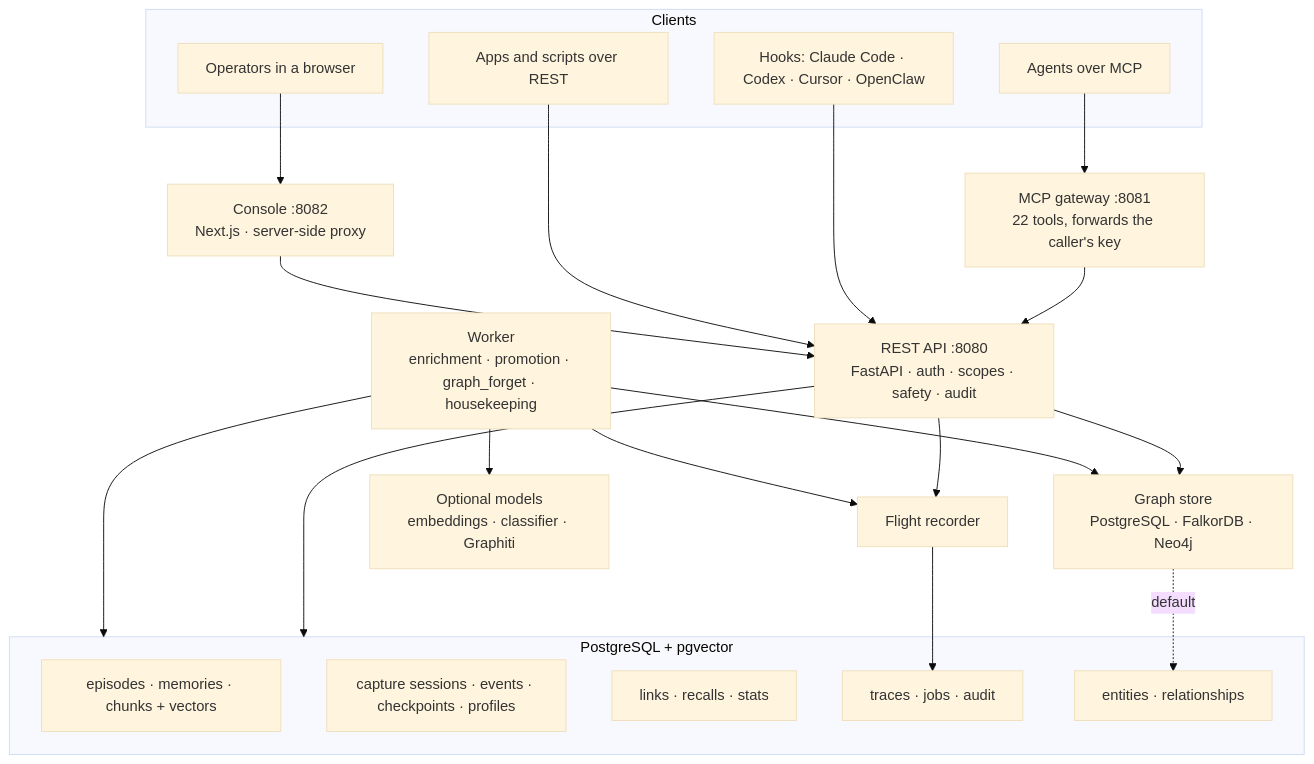
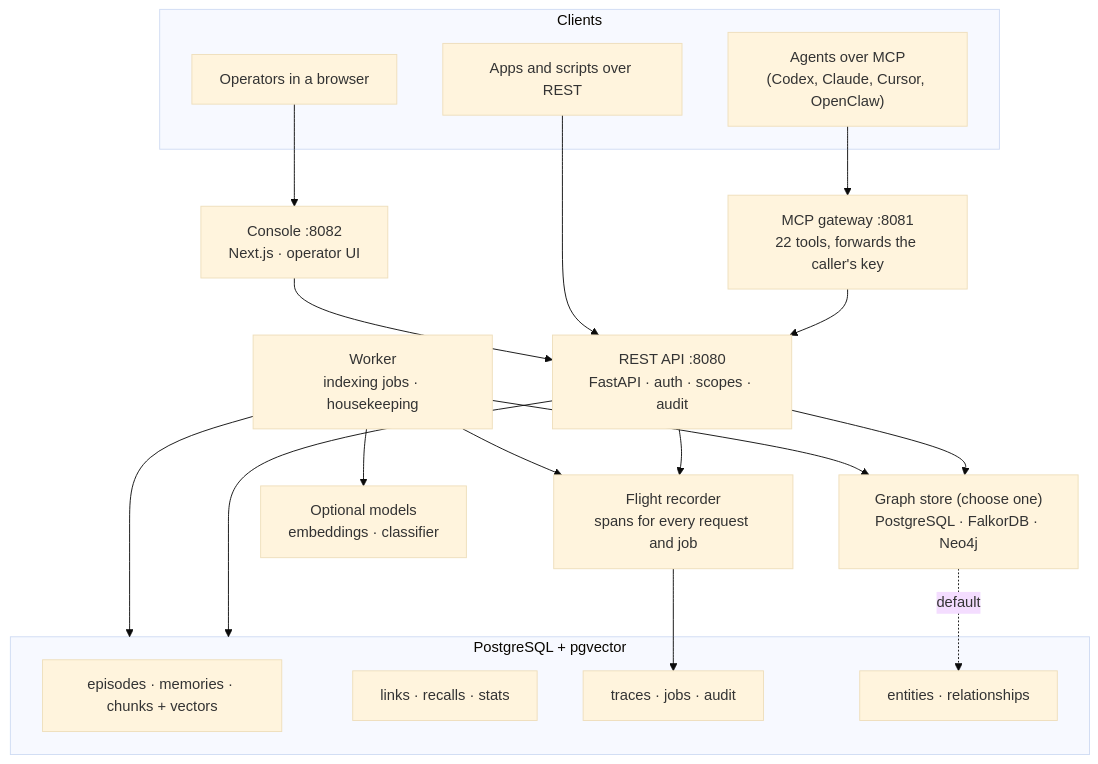
Before and after one commit to JIGGAI/albert: the second of 2 diagrams in README.md, drawn with Mermaid (base theme). The commit also changed other lines of this file, not shown here.

````diff
--- a/README.md
+++ b/README.md
@@ -371,35 +130,32 @@
 ```mermaid
 flowchart TB
     subgraph Clients
-        C1["Agents over MCP"]
-        C4["Hooks: Claude Code · Codex · Cursor · OpenClaw"]
+        C1["Agents over MCP<br/>(Codex, Claude, Cursor, OpenClaw)"]
         C2["Apps and scripts over REST"]
         C3["Operators in a browser"]
     end
     MCP["MCP gateway :8081<br/>22 tools, forwards the caller's key"]
-    API["REST API :8080<br/>FastAPI · auth · scopes · safety · audit"]
-    CON["Console :8082<br/>Next.js · server-side proxy"]
-    W["Worker<br/>enrichment · promotion · graph_forget · housekeeping"]
-    REC["Flight recorder"]
+    API["REST API :8080<br/>FastAPI · auth · scopes · audit"]
+    CON["Console :8082<br/>Next.js · operator UI"]
+    W["Worker<br/>indexing jobs · housekeeping"]
+    REC["Flight recorder<br/>spans for every request and job"]
     subgraph PG["PostgreSQL + pgvector"]
         T1["episodes · memories · chunks + vectors"]
-        T5["capture sessions · events · checkpoints · profiles"]
         T2["links · recalls · stats"]
         T3["traces · jobs · audit"]
         T4["entities · relationships"]
     end
-    GS["Graph store<br/>PostgreSQL · FalkorDB · Neo4j"]
-    LLM["Optional models<br/>embeddings · classifier · Graphiti"]
+    GS["Graph store (choose one)<br/>PostgreSQL · FalkorDB · Neo4j"]
+    LLM["Optional models<br/>embeddings · classifier"]
     C1 --> MCP --> API
-    C4 --> API
     C2 --> API
     C3 --> CON --> API
     API --> PG
     API --> GS
     API --> REC --> T3
     W --> PG
     W --> GS
     W --> LLM
     W --> REC
     GS -. default .-> T4
 ```
````
